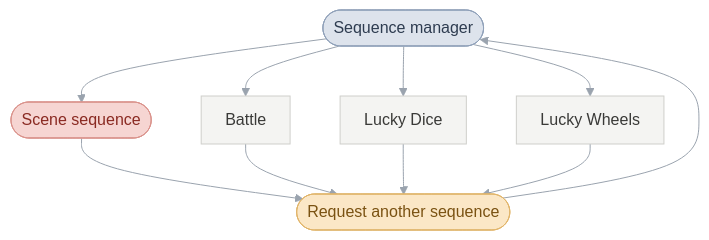
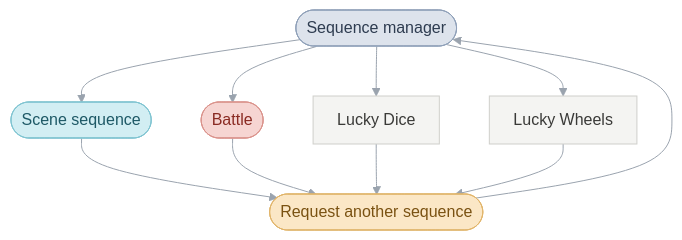
The second of 7 diagrams in games/tbs/README.md (PascalPixel/alchemy), drawn with Mermaid before and after one commit. The commit also changed other lines of this file, not shown here.

Commit message:
☀️ Front page: the scene sequence in cyan, battles in red

````diff
--- a/games/tbs/README.md
+++ b/games/tbs/README.md
@@ -47,16 +48,18 @@
 ```mermaid
 %%{init: {"theme": "base", "themeVariables": {"lineColor": "#9AA3AE", "edgeLabelBackground": "#FFFFFF"}, "flowchart": {"curve": "basis", "padding": 12}}}%%
 flowchart TD
-  loop(["Sequence manager"]) --> scene(["Scene sequence"]) & battle["Battle"] & dice["Lucky Dice"] & wheels["Lucky Wheels"]
+  loop(["Sequence manager"]) --> scene(["Scene sequence"]) & battle(["Battle"]) & dice["Lucky Dice"] & wheels["Lucky Wheels"]
   scene & battle & dice & wheels --> back(["Request another sequence"])
   back --> loop
   classDef sequenceManager fill:#DDE3EC,stroke:#8FA0B8,color:#2E3C50
-  classDef sceneSequence fill:#F6D5D2,stroke:#D9928B,color:#8A2A22
+  classDef sceneSequence fill:#D2EEF3,stroke:#7FC3D0,color:#1E5966
+  classDef battle fill:#F6D5D2,stroke:#D9928B,color:#8A2A22
   classDef sceneManager fill:#D3EBD9,stroke:#8DC49E,color:#25603A
   classDef request fill:#FBE7C6,stroke:#E0B46A,color:#7A5212
   classDef step fill:#F4F4F2,stroke:#CFCFCB,color:#3A3A38
   class loop sequenceManager
   class scene sceneSequence
   class back request
-  class battle,dice,wheels step
+  class battle battle
+  class dice,wheels step
 ```
````
